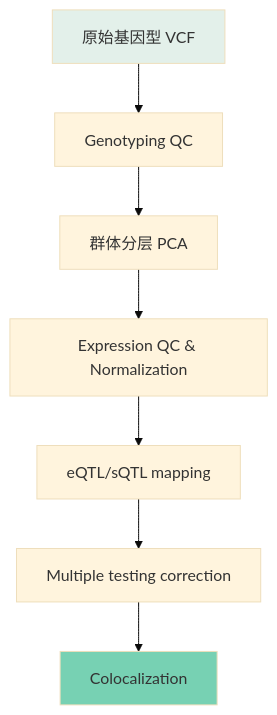
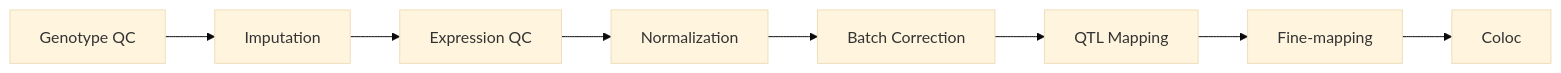
One commit to cupcake777/cupcake777.github.io changed the diagram in cc-site/content/notes/qtl-pipeline-guide.md. Above: the diagram before and after it, drawn with Mermaid (base theme). The commit also changed other lines of this file and 8 other files, not shown here.

````diff
--- a/cc-site/content/notes/qtl-pipeline-guide.md
+++ b/cc-site/content/notes/qtl-pipeline-guide.md
@@ -17,12 +15,10 @@
 ```mermaid
-flowchart TD
-    A[原始基因型 VCF] --> B[Genotyping QC]
-    B --> C[群体分层 PCA]
-    C --> D[Expression QC & Normalization]
-    D --> E[eQTL/sQTL mapping]
-    E --> F[Multiple testing correction]
-    F --> G[Colocalization]
-    
-    style A fill:#e3f0ea
-    style G fill:#77d1b3
+flowchart LR
+    A[Genotype QC] --> B[Imputation]
+    B --> C[Expression QC]
+    C --> D[Normalization]
+    D --> E[Batch Correction]
+    E --> F[QTL Mapping]
+    F --> G[Fine-mapping]
+    G --> H[Coloc]
 ```
````
